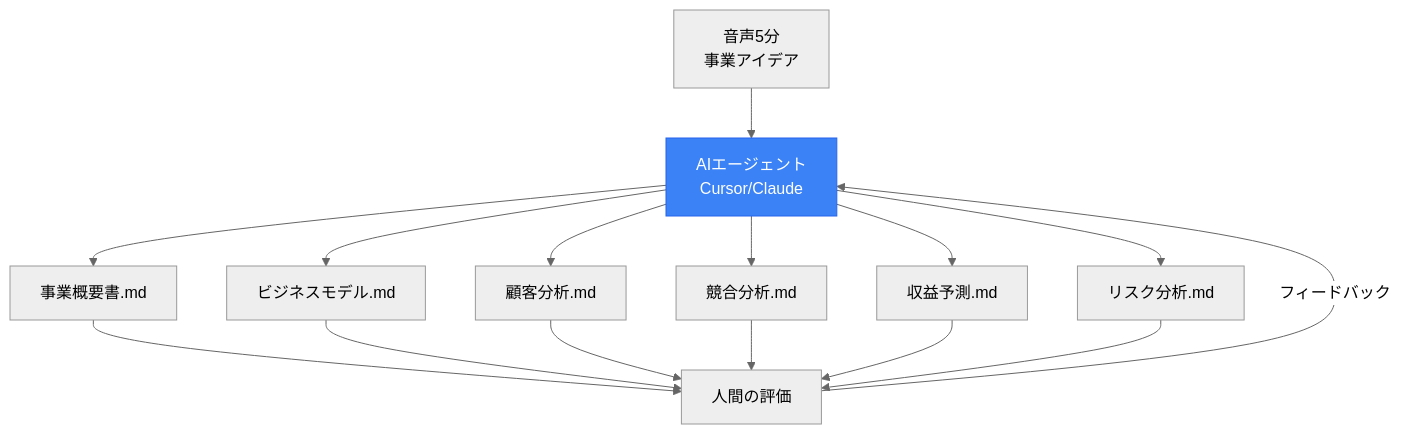
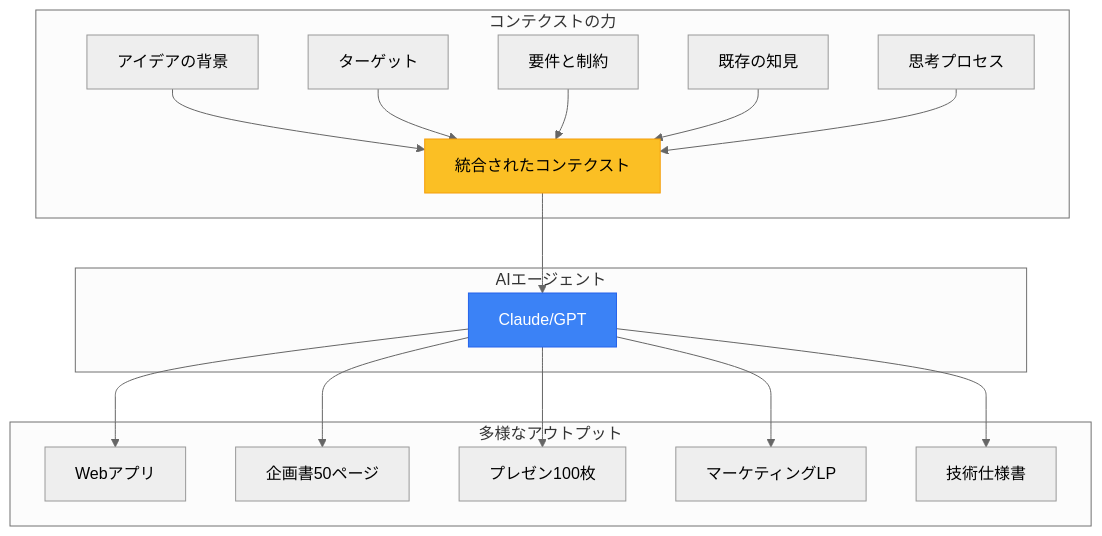
Before and after one commit to rsensui2/vibecoder-bootcamp: the second of 17 diagrams in docs/研修内容/2025年9月/第一回/1-1_オリエンテーションとマインドセット変革.md, drawn with Mermaid (neutral theme). The commit also changed other lines of this file and 229 other files, not shown here.

````diff
--- a/docs/研修内容/2025年9月/第一回/1-1_オリエンテーションとマインドセット変革.md
+++ b/docs/研修内容/2025年9月/第一回/1-1_オリエンテーションとマインドセット変革.md
@@ -298,16 +334,25 @@
 ```mermaid
 graph TB
-    Input[音声5分<br/>事業アイデア] --> AI[AIエージェント<br/>Cursor/Claude]
-    
-    AI --> F1[事業概要書.md]
-    AI --> F2[ビジネスモデル.md]
-    AI --> F3[顧客分析.md]
-    AI --> F4[競合分析.md]
-    AI --> F5[収益予測.md]
-    AI --> F6[リスク分析.md]
-    
-    F1 & F2 & F3 & F4 & F5 & F6 --> Review[人間の評価]
-    Review -->|フィードバック| AI
-    
+    subgraph "コンテクストの力"
+        C1[アイデアの背景] --> Context[統合されたコンテクスト]
+        C2[ターゲット] --> Context
+        C3[要件と制約] --> Context
+        C4[既存の知見] --> Context
+        C5[思考プロセス] --> Context
+    end
+
+    subgraph "AIエージェント"
+        Context --> AI[Claude/GPT]
+    end
+
+    subgraph "多様なアウトプット"
+        AI --> O1[Webアプリ]
+        AI --> O2[企画書50ページ]
+        AI --> O3[プレゼン100枚]
+        AI --> O4[マーケティングLP]
+        AI --> O5[技術仕様書]
+    end
+
+    style Context fill:#fbbf24,stroke:#f59e0b
     style AI fill:#3b82f6,stroke:#2563eb,color:#fff
 ```
````
